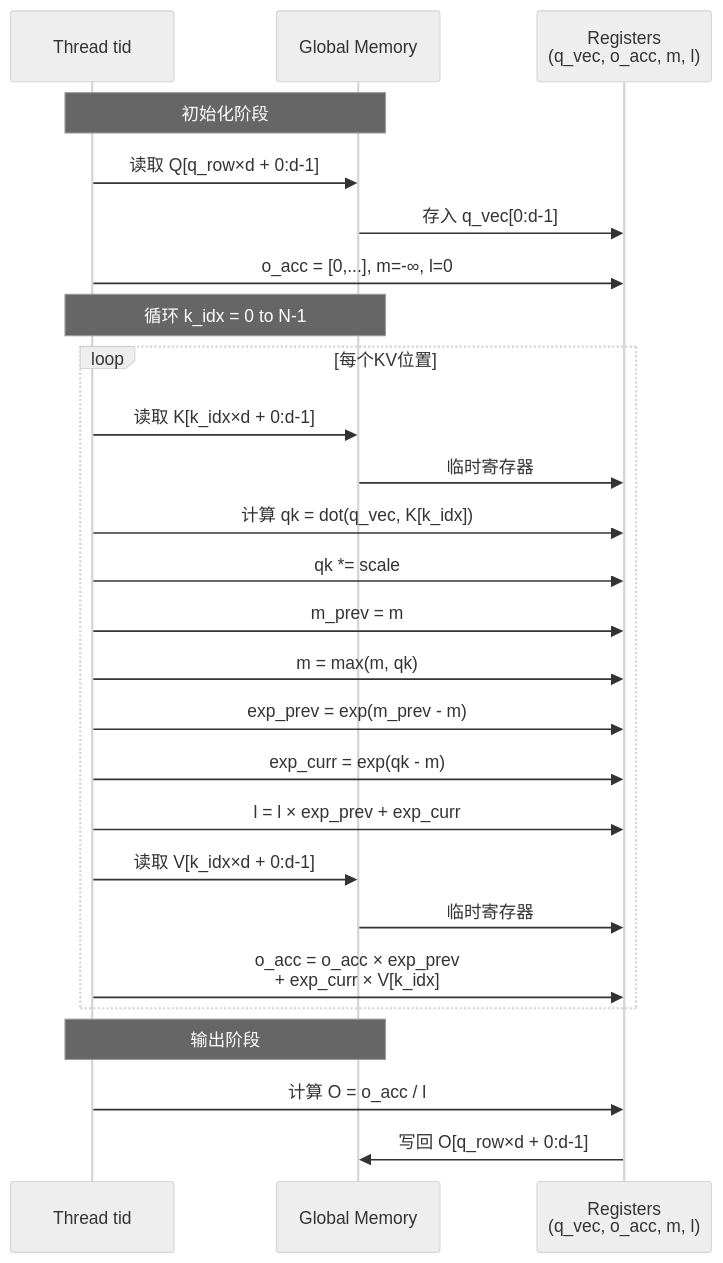
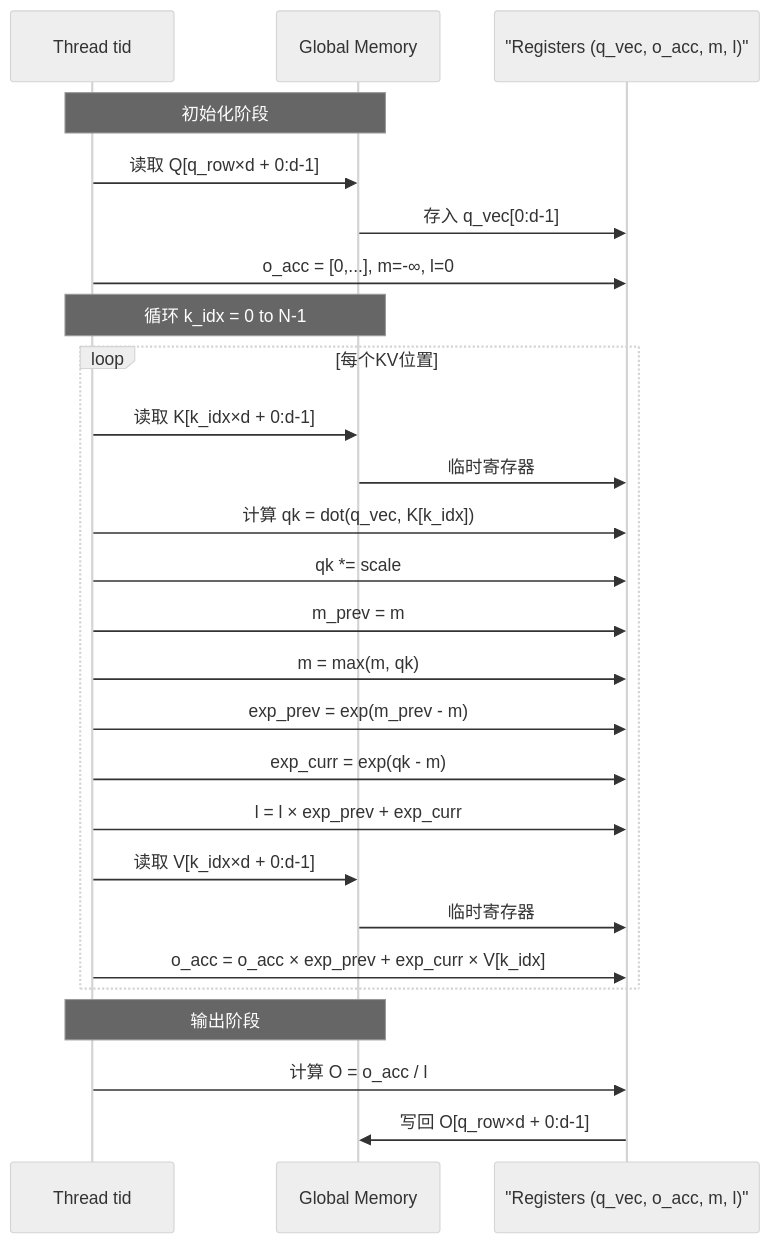
One commit to hzchenxiaobin/LLM changed the fourth of 7 diagrams in flashattention/docs/V1_ALGORITHM_VISUAL.md. Above: the diagram before and after it, drawn with Mermaid (neutral theme). The commit also changed other lines of this file, not shown here.

First line of the commit message:
Fix mermaid diagram rendering in V1_ALGORITHM_VISUAL.md

````diff
--- a/flashattention/docs/V1_ALGORITHM_VISUAL.md
+++ b/flashattention/docs/V1_ALGORITHM_VISUAL.md
@@ -165,33 +165,33 @@
 ```mermaid
 sequenceDiagram
     participant T as Thread tid
     participant HBM as Global Memory
-    participant REG as Registers<br/>(q_vec, o_acc, m, l)
+    participant REG as "Registers (q_vec, o_acc, m, l)"
 
     Note over T,HBM: 初始化阶段
     T->>HBM: 读取 Q[q_row×d + 0:d-1]
     HBM->>REG: 存入 q_vec[0:d-1]
     T->>REG: o_acc = [0,...], m=-∞, l=0
 
     Note over T,HBM: 循环 k_idx = 0 to N-1
     loop 每个KV位置
         T->>HBM: 读取 K[k_idx×d + 0:d-1]
         HBM->>REG: 临时寄存器
         T->>REG: 计算 qk = dot(q_vec, K[k_idx])
         T->>REG: qk *= scale
 
         T->>REG: m_prev = m
         T->>REG: m = max(m, qk)
         T->>REG: exp_prev = exp(m_prev - m)
         T->>REG: exp_curr = exp(qk - m)
         T->>REG: l = l × exp_prev + exp_curr
 
         T->>HBM: 读取 V[k_idx×d + 0:d-1]
         HBM->>REG: 临时寄存器
-        T->>REG: o_acc = o_acc × exp_prev<br/>         + exp_curr × V[k_idx]
+        T->>REG: o_acc = o_acc × exp_prev + exp_curr × V[k_idx]
     end
 
     Note over T,HBM: 输出阶段
     T->>REG: 计算 O = o_acc / l
     REG->>HBM: 写回 O[q_row×d + 0:d-1]
 ```
````
